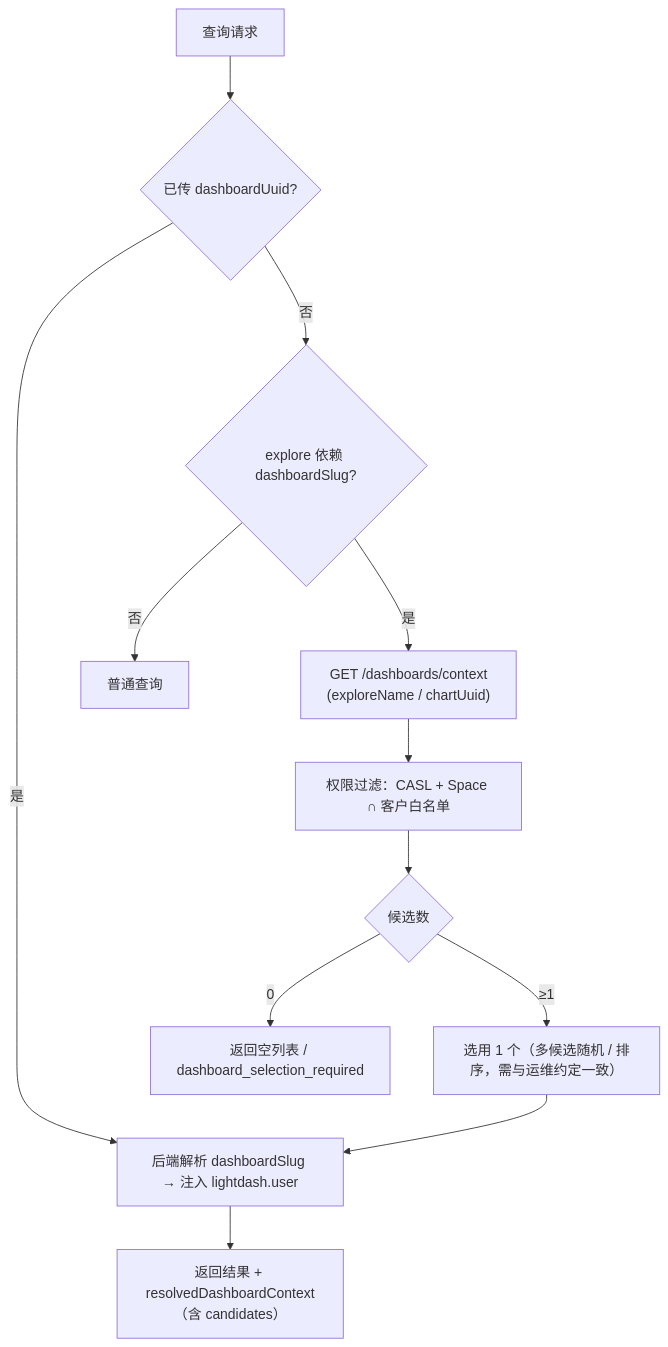
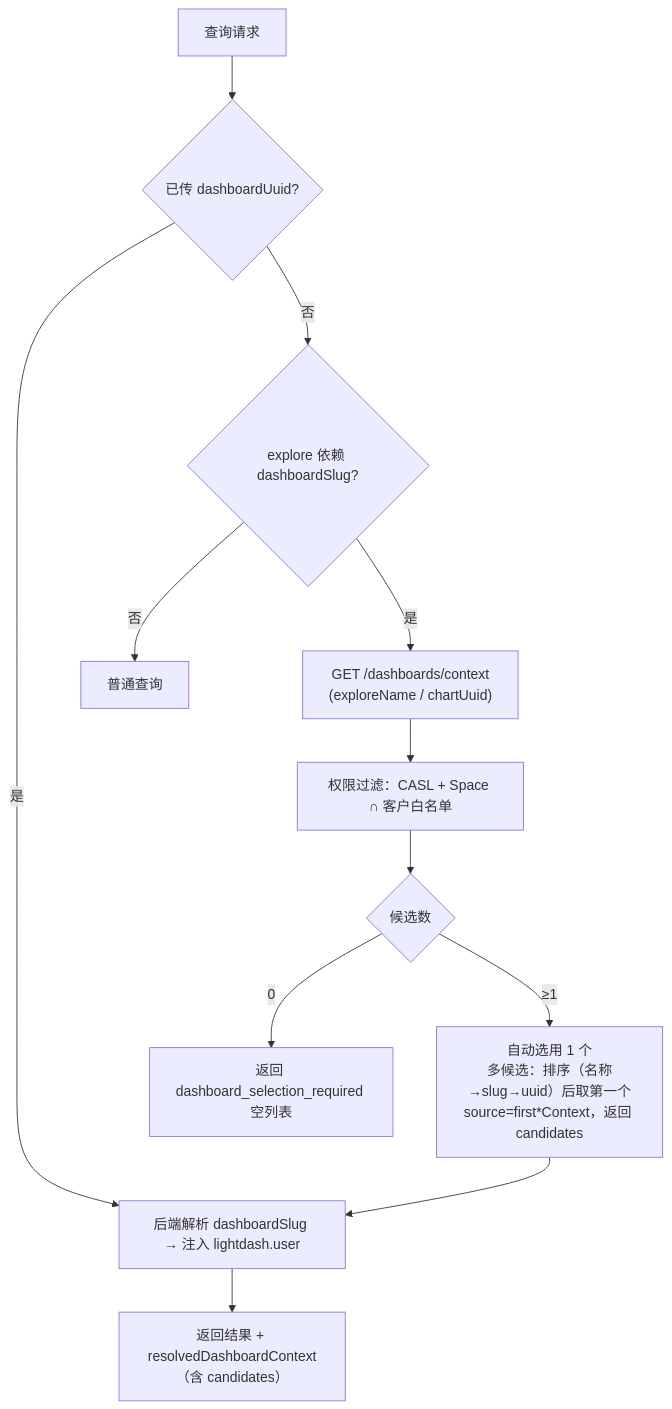
The third of 4 diagrams in docs/mcp/mcp-service-launch.md (winwin-inc/lightdash-i18n), drawn with Mermaid before and after one commit. The commit also changed other lines of this file, not shown here.

````diff
--- a/docs/mcp/mcp-service-launch.md
+++ b/docs/mcp/mcp-service-launch.md
@@ -245,14 +245,14 @@
 ```mermaid
 flowchart TD
   q[查询请求] --> hasUuid{"已传 dashboardUuid?"}
   hasUuid -->|是| use[后端解析 dashboardSlug → 注入 lightdash.user]
   hasUuid -->|否| need{"explore 依赖 dashboardSlug?"}
   need -->|否| plain[普通查询]
   need -->|是| rev["GET /dashboards/context<br/>(exploreName / chartUuid)"]
   rev --> perm["权限过滤：CASL + Space ∩ 客户白名单"]
   perm --> n{"候选数"}
-  n -->|0| empty[返回空列表 / dashboard_selection_required]
-  n -->|≥1| pick[选用 1 个（多候选随机 / 排序，需与运维约定一致）]
+  n -->|0| empty["返回 dashboard_selection_required 空列表"]
+  n -->|≥1| pick["自动选用 1 个<br/>多候选：排序（名称→slug→uuid）后取第一个<br/>source=first*Context，返回 candidates"]
   pick --> use
   use --> res["返回结果 + resolvedDashboardContext（含 candidates）"]
 ```
````
